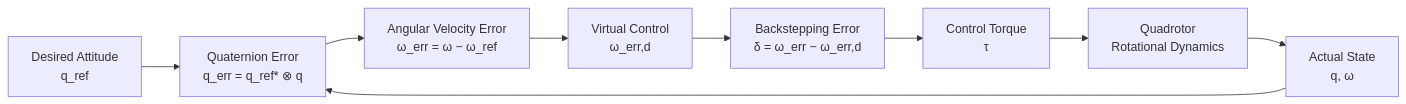
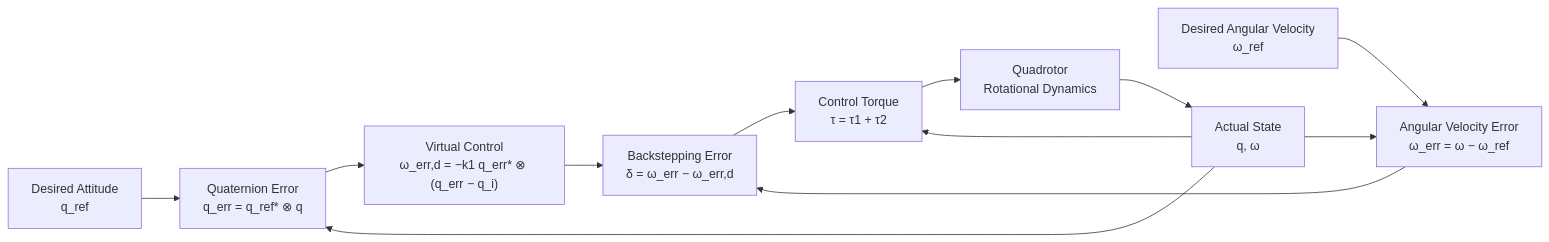
The diagram in README.md (Nikhileswar006/Drones_S5_AB11), drawn with Mermaid before and after one commit.

Commit message:
Enhance flowchart in README

````diff
--- a/README.md
+++ b/README.md
@@ -578,11 +578,14 @@
 ```mermaid
 flowchart LR
     A["Desired Attitude<br/>q_ref"] --> B["Quaternion Error<br/>q_err = q_ref* ⊗ q"]
-    B --> C["Angular Velocity Error<br/>ω_err = ω − ω_ref"]
-    C --> D["Virtual Control<br/>ω_err,d"]
-    D --> E["Backstepping Error<br/>δ = ω_err − ω_err,d"]
-    E --> F["Control Torque<br/>τ"]
+    Aref["Desired Angular Velocity<br/>ω_ref"] --> C["Angular Velocity Error<br/>ω_err = ω − ω_ref"]
+    H["Actual State<br/>q, ω"] --> B
+    H --> C
+    B --> D["Virtual Control<br/>ω_err,d = −k1 q_err* ⊗ (q_err − q_i)"]
+    C --> E["Backstepping Error<br/>δ = ω_err − ω_err,d"]
+    D --> E
+    E --> F["Control Torque<br/>τ = τ1 + τ2"]
+    H --> F
     F --> G["Quadrotor<br/>Rotational Dynamics"]
-    G --> H["Actual State<br/>q, ω"]
-    H --> B
+    G --> H
 ```
````
